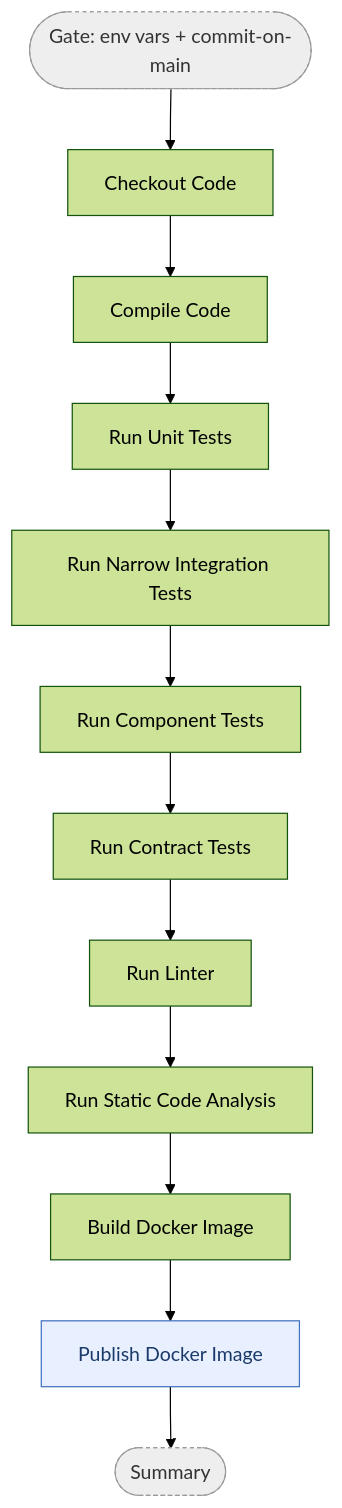
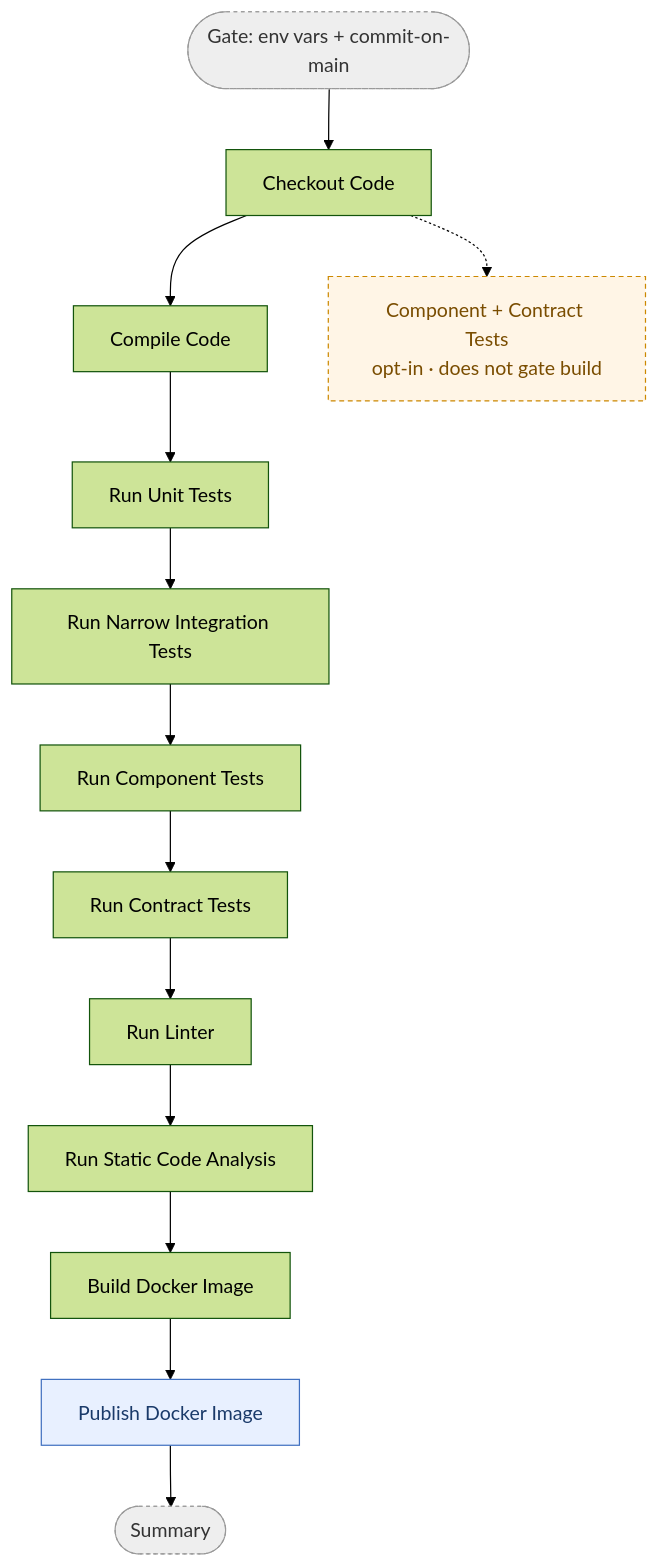
The diagram in docs/pipeline/commit-stage.md (vivek729/shop-atdd), drawn with Mermaid (forest theme) before and after one commit. The commit also changed other lines of this file and 1 other file, not shown here.

Commit message:
Add opt-in component/contract test branch to commit-stage diagram; mark Step 2b done

````diff
--- a/docs/pipeline/commit-stage.md
+++ b/docs/pipeline/commit-stage.md
@@ -13,20 +13,23 @@
 ```mermaid
 flowchart TD
     gate([Gate: env vars + commit-on-main]):::gate
 
     gate --> checkout[Checkout Code]
     checkout --> compile[Compile Code]
     compile --> unit[Run Unit Tests]
     unit --> narrow[Run Narrow Integration Tests]
     narrow --> component[Run Component Tests]
     component --> contract[Run Contract Tests]
     contract --> linter[Run Linter]
     linter --> analysis[Run Static Code Analysis]
     analysis --> build[Build Docker Image]
     build --> publish[Publish Docker Image]:::conditional
 
     publish --> summary([Summary]):::gate
 
+    checkout -.-> optin["Component + Contract Tests<br/>opt-in · does not gate build"]:::optional
+
     classDef gate fill:#eee,stroke:#999,stroke-dasharray:3 3,color:#333;
     classDef conditional fill:#e8f0ff,stroke:#4070c0,color:#1a3a6a;
+    classDef optional fill:#fff5e6,stroke:#cc8800,stroke-dasharray:4 3,color:#7a4d00;
 ```
````
